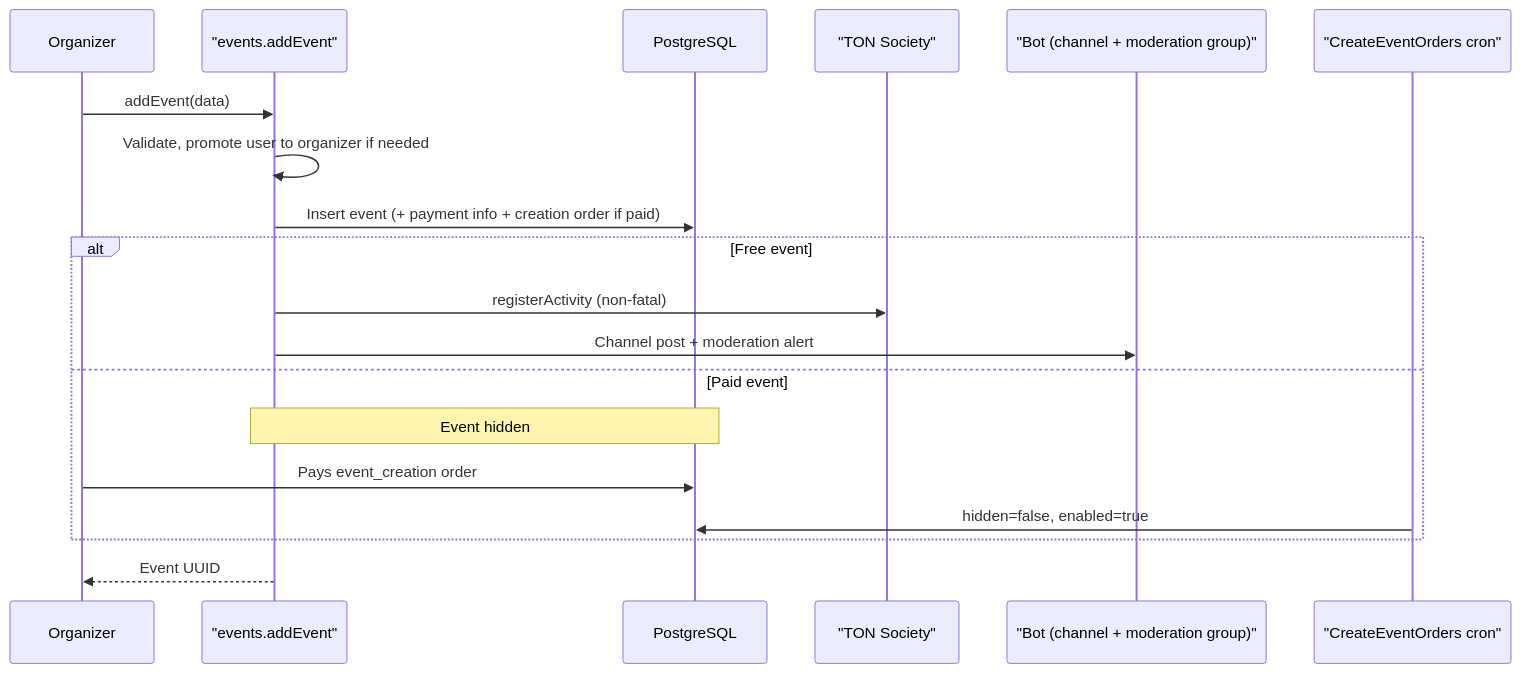
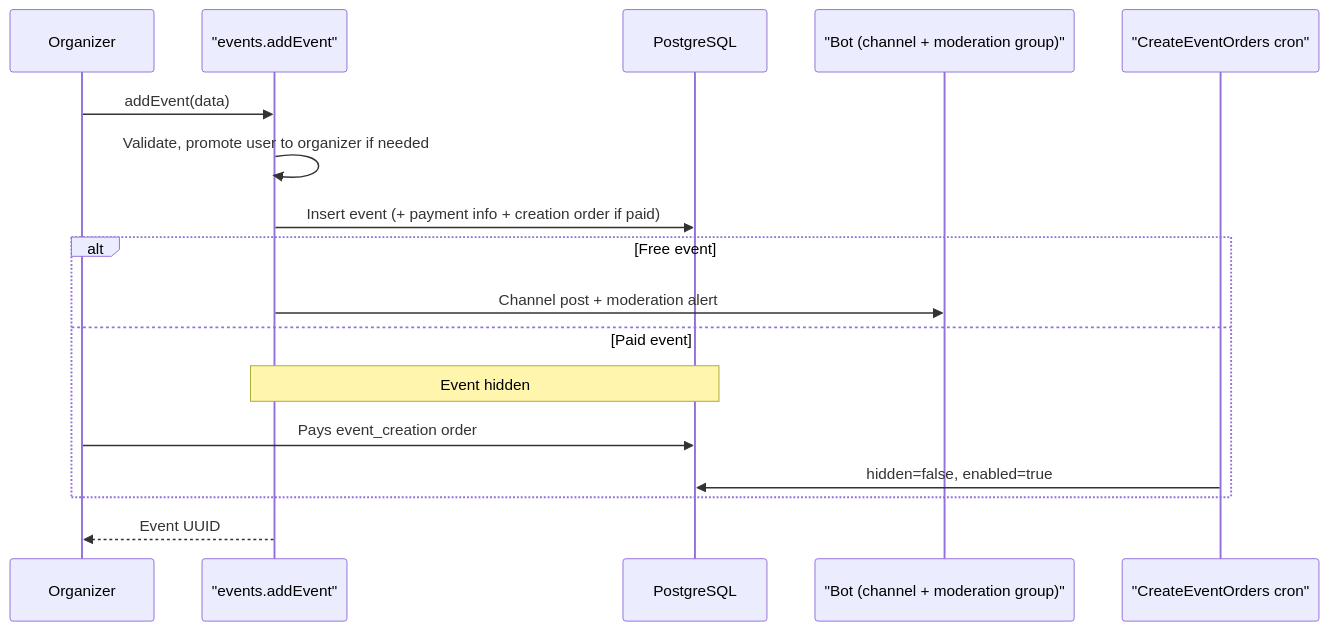
The diagram in knowledge_base/event_creation.md (ExecutESG/onton), drawn with Mermaid before and after one commit. The commit also changed other lines of this file and 63 other files, not shown here.

Commit message:
refactor: remove TON Society integration and keep legacy read data (#1035)

````diff
--- a/knowledge_base/event_creation.md
+++ b/knowledge_base/event_creation.md
@@ -36,22 +35,20 @@
 ```mermaid
 sequenceDiagram
     participant Org as Organizer
     participant API as "events.addEvent"
     participant DB as PostgreSQL
-    participant TS as "TON Society"
     participant Bot as "Bot (channel + moderation group)"
     participant Cron as "CreateEventOrders cron"
 
     Org->>API: addEvent(data)
     API->>API: Validate, promote user to organizer if needed
     API->>DB: Insert event (+ payment info + creation order if paid)
     alt Free event
-        API->>TS: registerActivity (non-fatal)
         API->>Bot: Channel post + moderation alert
     else Paid event
         Note over API,DB: Event hidden
         Org->>DB: Pays event_creation order
         Cron->>DB: hidden=false, enabled=true
     end
     API-->>Org: Event UUID
 ```
````
